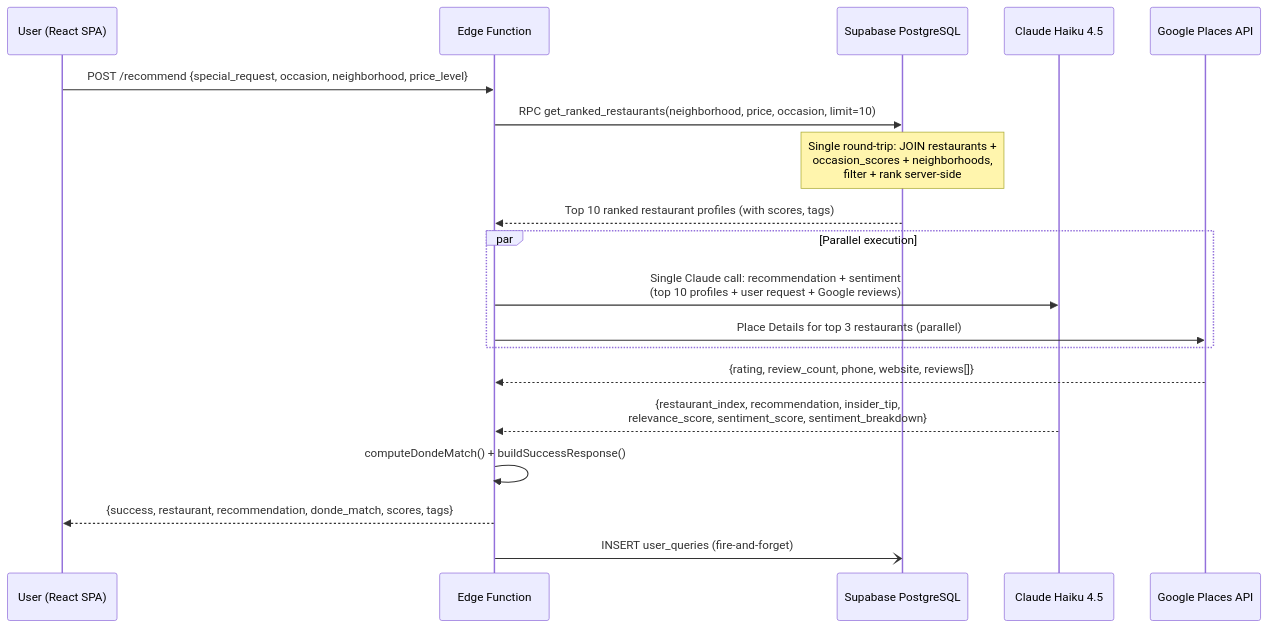
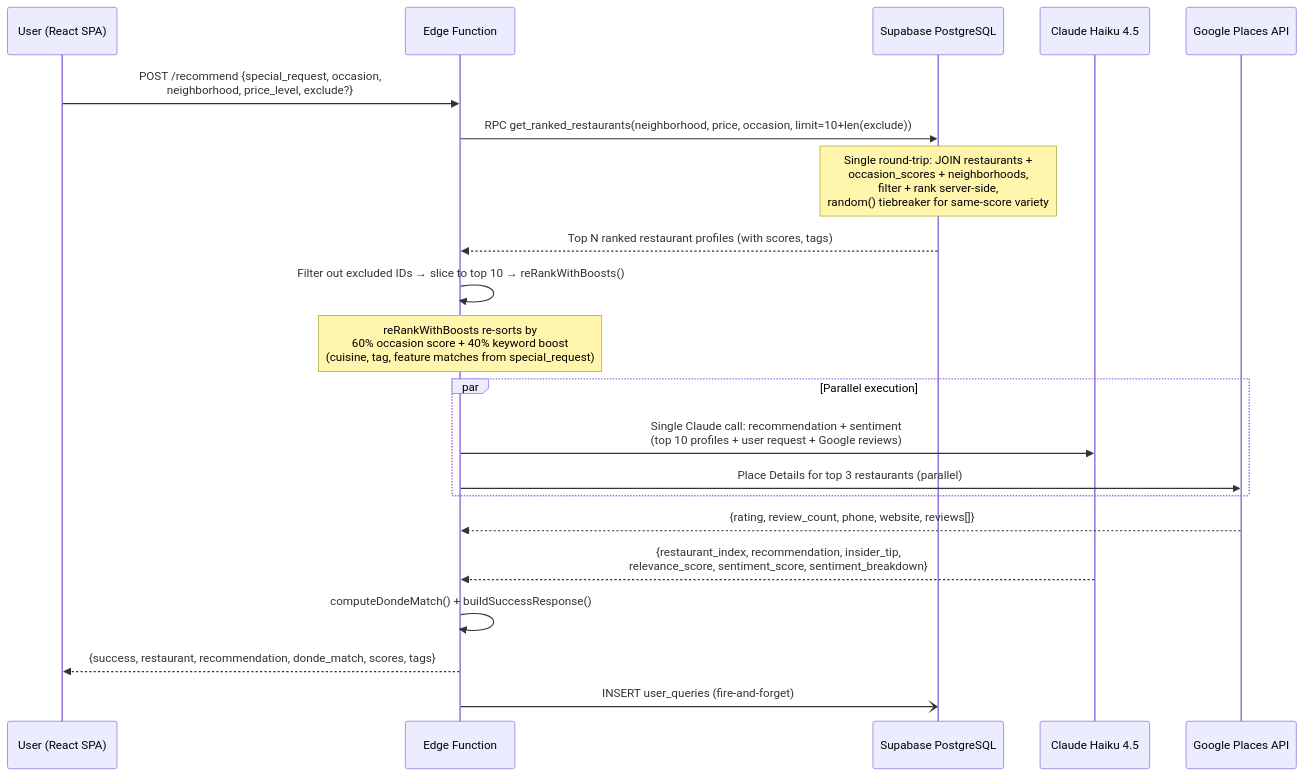
The second of 9 diagrams in docs/system-architecture.md (aacrit/dondeBackend), drawn with Mermaid before and after one commit. The commit also changed other lines of this file and 3 other files, not shown here.

First line of the commit message:
Update all docs with missing context: exclude param, reRankWithBoosts, ranking algorithm, enrichment changes

````diff
--- a/docs/system-architecture.md
+++ b/docs/system-architecture.md
@@ -65,26 +65,29 @@
 ```mermaid
 sequenceDiagram
     participant U as User (React SPA)
     participant EF as Edge Function
     participant DB as Supabase PostgreSQL
     participant C as Claude Haiku 4.5
     participant G as Google Places API
 
-    U->>EF: POST /recommend {special_request, occasion, neighborhood, price_level}
+    U->>EF: POST /recommend {special_request, occasion,<br/>neighborhood, price_level, exclude?}
 
-    EF->>DB: RPC get_ranked_restaurants(neighborhood, price, occasion, limit=10)
-    Note over DB: Single round-trip: JOIN restaurants +<br/>occasion_scores + neighborhoods,<br/>filter + rank server-side
-    DB-->>EF: Top 10 ranked restaurant profiles (with scores, tags)
+    EF->>DB: RPC get_ranked_restaurants(neighborhood, price, occasion, limit=10+len(exclude))
+    Note over DB: Single round-trip: JOIN restaurants +<br/>occasion_scores + neighborhoods,<br/>filter + rank server-side,<br/>random() tiebreaker for same-score variety
+    DB-->>EF: Top N ranked restaurant profiles (with scores, tags)
+
+    EF->>EF: Filter out excluded IDs → slice to top 10 → reRankWithBoosts()
+    Note over EF: reRankWithBoosts re-sorts by<br/>60% occasion score + 40% keyword boost<br/>(cuisine, tag, feature matches from special_request)
 
     par Parallel execution
         EF->>C: Single Claude call: recommendation + sentiment<br/>(top 10 profiles + user request + Google reviews)
         EF->>G: Place Details for top 3 restaurants (parallel)
     end
     G-->>EF: {rating, review_count, phone, website, reviews[]}
     C-->>EF: {restaurant_index, recommendation, insider_tip,<br/>relevance_score, sentiment_score, sentiment_breakdown}
 
     EF->>EF: computeDondeMatch() + buildSuccessResponse()
     EF-->>U: {success, restaurant, recommendation, donde_match, scores, tags}
 
     EF-)DB: INSERT user_queries (fire-and-forget)
 ```
````
